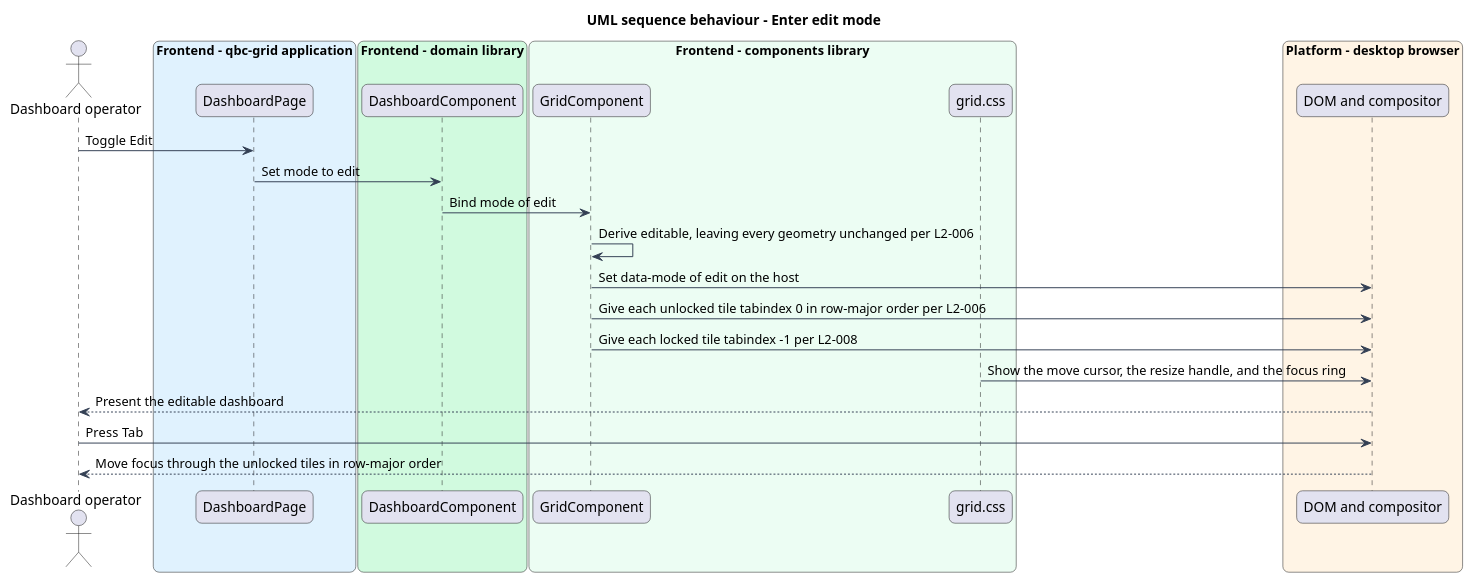
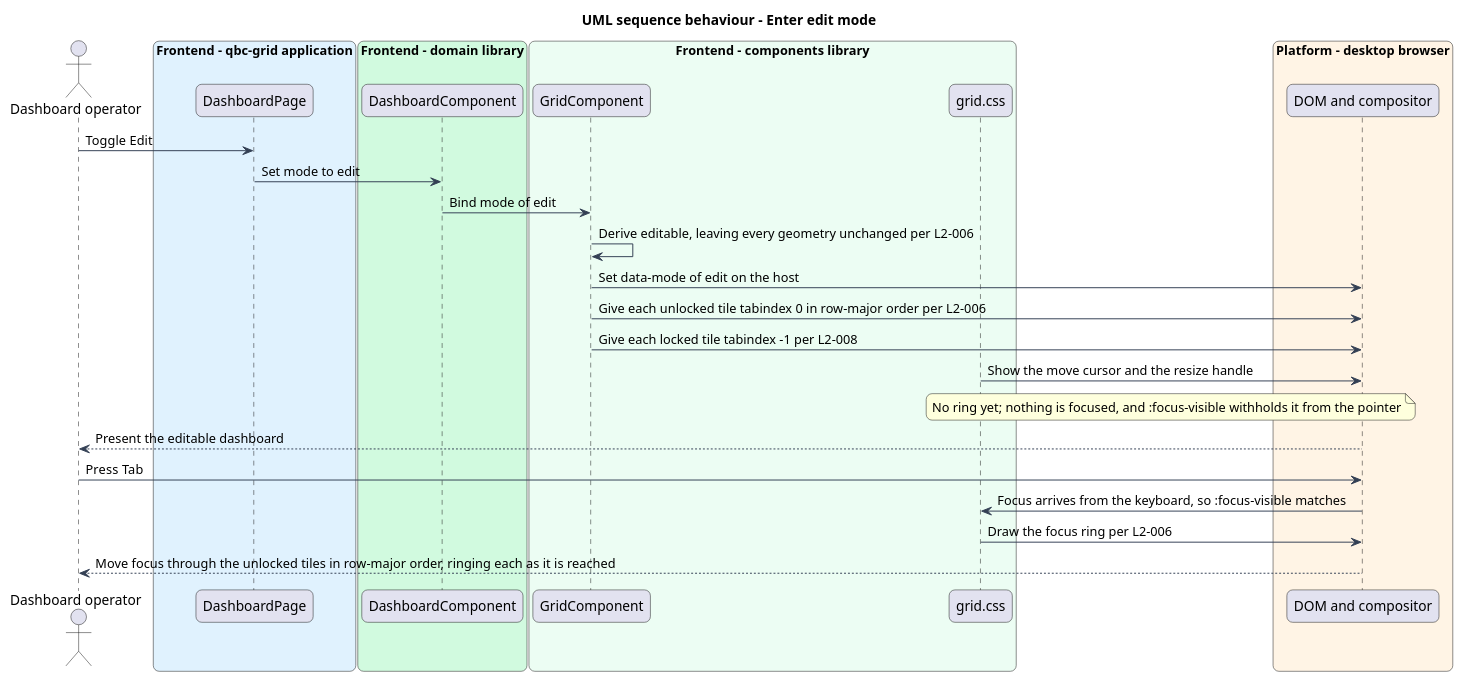
One commit to QuinntyneBrown/qbc-grid changed the diagram in docs/detailed-designs/tile-interaction/switch-grid-mode/diagrams/sequence-enter-edit.puml. Above: the diagram before and after it, drawn with PlantUML. The commit also changed 3 other files, not shown here.

First line of the commit message:
docs: correct two more sequences left behind by later decisions

```diff
--- a/docs/detailed-designs/tile-interaction/switch-grid-mode/diagrams/sequence-enter-edit.puml
+++ b/docs/detailed-designs/tile-interaction/switch-grid-mode/diagrams/sequence-enter-edit.puml
@@ -1,43 +1,46 @@
 @startuml
 title UML sequence behaviour - Enter edit mode
 skinparam backgroundColor #FFFFFF
 skinparam shadowing false
 skinparam roundcorner 12
 skinparam defaultFontName Arial
 skinparam ArrowColor #344054
 skinparam rectangle {
   BorderColor #344054
   FontColor #101828
 }
 skinparam package {
   BorderColor #667085
   FontColor #101828
   BackgroundColor #F9FAFB
 }
 actor "Dashboard operator" as actor
 box "Frontend - qbc-grid application" #E0F2FE
   participant "DashboardPage" as page
 end box
 box "Frontend - domain library" #D1FADF
   participant "DashboardComponent" as dashboard
 end box
 box "Frontend - components library" #ECFDF3
   participant "GridComponent" as grid
   participant "grid.css" as styles
 end box
 box "Platform - desktop browser" #FFF4E5
   participant "DOM and compositor" as dom
 end box
 
 actor -> page : Toggle Edit
 page -> dashboard : Set mode to edit
 dashboard -> grid : Bind mode of edit
 grid -> grid : Derive editable, leaving every geometry unchanged per L2-006
 grid -> dom : Set data-mode of edit on the host
 grid -> dom : Give each unlocked tile tabindex 0 in row-major order per L2-006
 grid -> dom : Give each locked tile tabindex -1 per L2-008
-styles -> dom : Show the move cursor, the resize handle, and the focus ring
+styles -> dom : Show the move cursor and the resize handle
+note over styles, dom : No ring yet; nothing is focused, and :focus-visible withholds it from the pointer
 dom --> actor : Present the editable dashboard
 actor -> dom : Press Tab
-dom --> actor : Move focus through the unlocked tiles in row-major order
+dom -> styles : Focus arrives from the keyboard, so :focus-visible matches
+styles -> dom : Draw the focus ring per L2-006
+dom --> actor : Move focus through the unlocked tiles in row-major order, ringing each as it is reached
 @enduml
```
